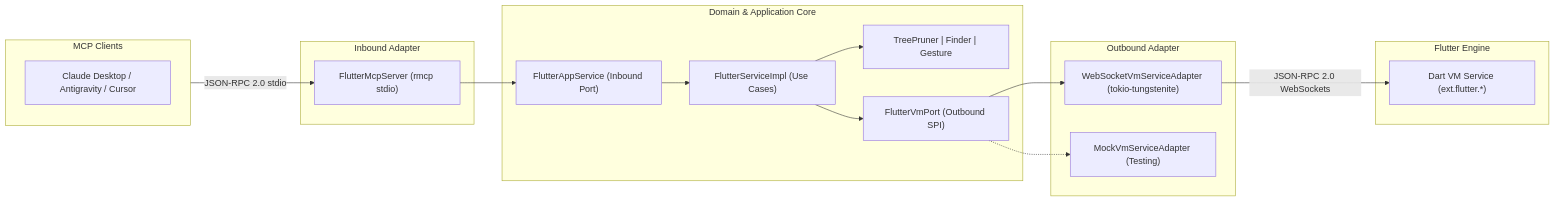
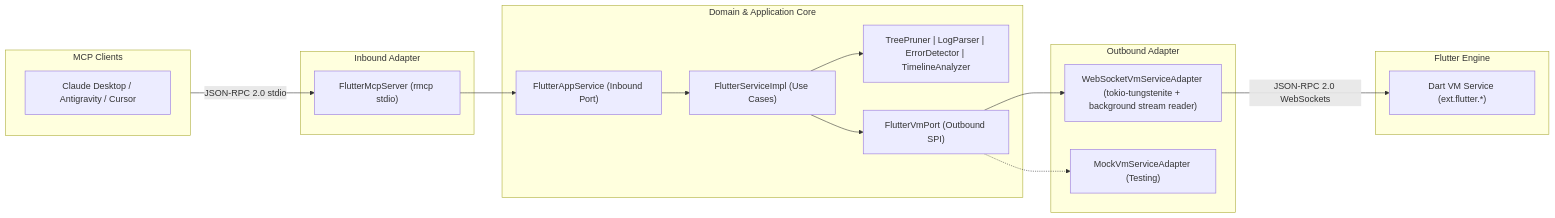
Before and after one commit to guty3rrez/flutter-mcp: the diagram in README.md, drawn with Mermaid. The commit also changed other lines of this file and 19 other files, not shown here.

````diff
--- a/README.md
+++ b/README.md
@@ -138,35 +141,35 @@
 ```mermaid
 graph LR
     subgraph Client [MCP Clients]
         Claude[Claude Desktop / Antigravity / Cursor]
     end
 
     subgraph InboundAdapter [Inbound Adapter]
         MCPServer["FlutterMcpServer (rmcp stdio)"]
     end
 
     subgraph Core [Domain & Application Core]
         AppPort["FlutterAppService (Inbound Port)"]
         UseCase["FlutterServiceImpl (Use Cases)"]
-        Domain["TreePruner | Finder | Gesture"]
+        Domain["TreePruner | LogParser | ErrorDetector | TimelineAnalyzer"]
         VMPort["FlutterVmPort (Outbound SPI)"]
     end
 
     subgraph OutboundAdapter [Outbound Adapter]
-        WSAdapter["WebSocketVmServiceAdapter (tokio-tungstenite)"]
+        WSAdapter["WebSocketVmServiceAdapter (tokio-tungstenite + background stream reader)"]
         MockAdapter["MockVmServiceAdapter (Testing)"]
     end
 
     subgraph Target [Flutter Engine]
         VM["Dart VM Service (ext.flutter.*)"]
     end
 
     Client -->|JSON-RPC 2.0 stdio| MCPServer
     MCPServer --> AppPort
     AppPort --> UseCase
     UseCase --> Domain
     UseCase --> VMPort
     VMPort --> WSAdapter
     VMPort -.-> MockAdapter
     WSAdapter -->|JSON-RPC 2.0 WebSockets| VM
 ```
````
